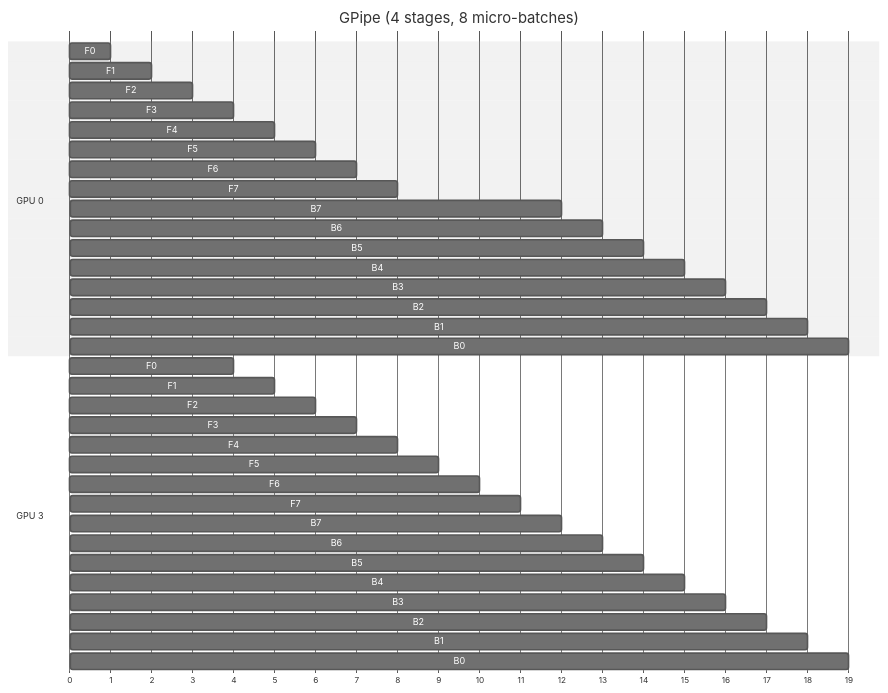
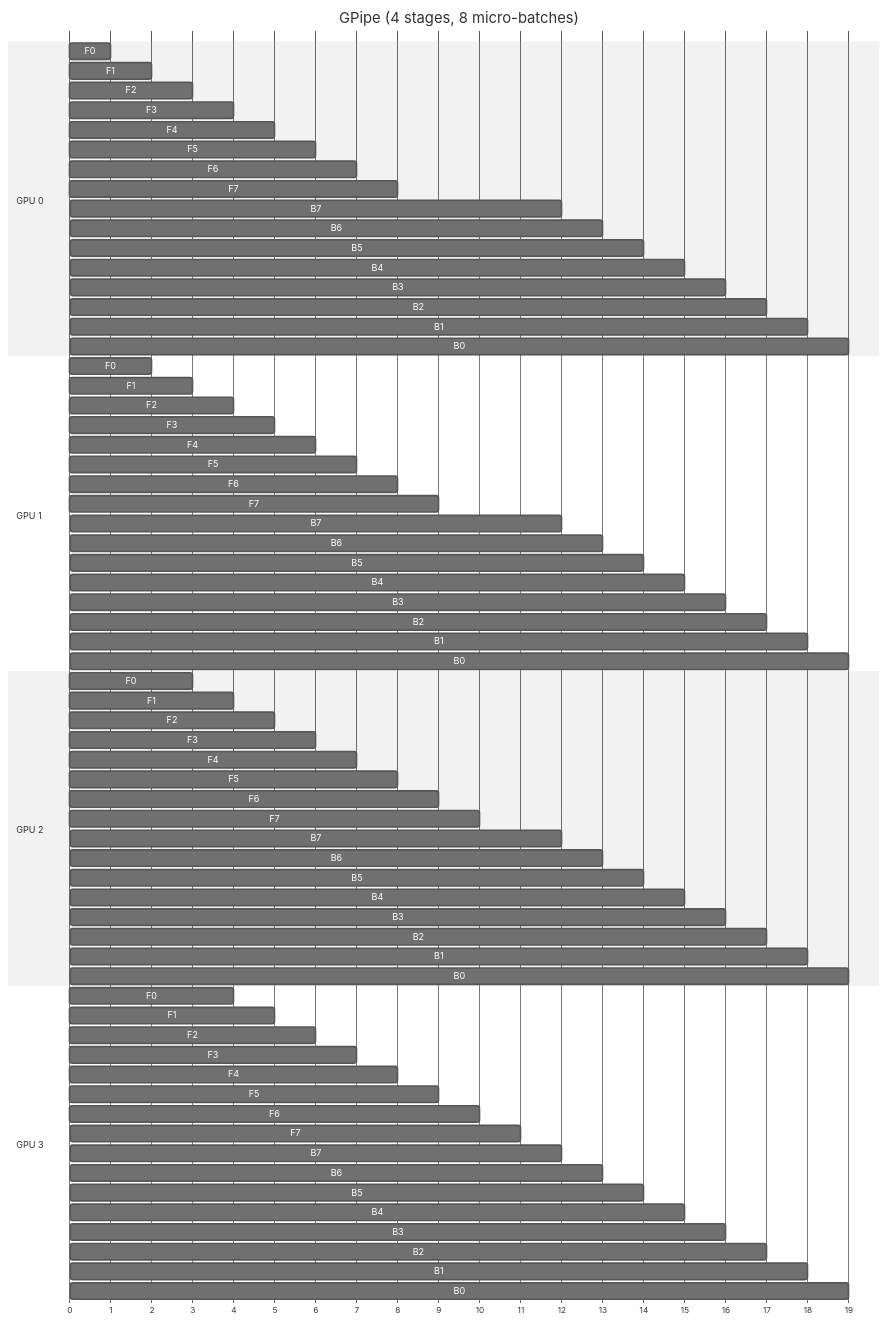
The eighth of 13 diagrams in curriculum/week-5-ai-workloads/theory/5.4-distributed-training.md (Mirantis-PS/k0rdent-ai-training), drawn with Mermaid (neutral theme) before and after one commit. The commit also changed other lines of this file and 66 other files, not shown here.

````diff
--- a/curriculum/week-5-ai-workloads/theory/5.4-distributed-training.md
+++ b/curriculum/week-5-ai-workloads/theory/5.4-distributed-training.md
@@ -314,42 +314,78 @@
 ```mermaid
 gantt
     title GPipe (4 stages, 8 micro-batches)
     dateFormat X
     axisFormat %s
 
     section GPU 0
     F0 :f00, 0, 1
     F1 :f01, 1, 2
     F2 :f02, 2, 3
     F3 :f03, 3, 4
     F4 :f04, 4, 5
     F5 :f05, 5, 6
     F6 :f06, 6, 7
     F7 :f07, 7, 8
     B7 :b07, 11, 12
     B6 :b06, 12, 13
     B5 :b05, 13, 14
     B4 :b04, 14, 15
     B3 :b03, 15, 16
     B2 :b02, 16, 17
     B1 :b01, 17, 18
     B0 :b00, 18, 19
 
+    section GPU 1
+    F0 :f10, 1, 2
+    F1 :f11, 2, 3
+    F2 :f12, 3, 4
+    F3 :f13, 4, 5
+    F4 :f14, 5, 6
+    F5 :f15, 6, 7
+    F6 :f16, 7, 8
+    F7 :f17, 8, 9
+    B7 :b17, 11, 12
+    B6 :b16, 12, 13
+    B5 :b15, 13, 14
+    B4 :b14, 14, 15
+    B3 :b13, 15, 16
+    B2 :b12, 16, 17
+    B1 :b11, 17, 18
+    B0 :b10, 18, 19
+
+    section GPU 2
+    F0 :f20, 2, 3
+    F1 :f21, 3, 4
+    F2 :f22, 4, 5
+    F3 :f23, 5, 6
+    F4 :f24, 6, 7
+    F5 :f25, 7, 8
+    F6 :f26, 8, 9
+    F7 :f27, 9, 10
+    B7 :b27, 11, 12
+    B6 :b26, 12, 13
+    B5 :b25, 13, 14
+    B4 :b24, 14, 15
+    B3 :b23, 15, 16
+    B2 :b22, 16, 17
+    B1 :b21, 17, 18
+    B0 :b20, 18, 19
+
     section GPU 3
     F0 :f30, 3, 4
     F1 :f31, 4, 5
     F2 :f32, 5, 6
     F3 :f33, 6, 7
     F4 :f34, 7, 8
     F5 :f35, 8, 9
     F6 :f36, 9, 10
     F7 :f37, 10, 11
     B7 :b37, 11, 12
     B6 :b36, 12, 13
     B5 :b35, 13, 14
     B4 :b34, 14, 15
     B3 :b33, 15, 16
     B2 :b32, 16, 17
     B1 :b31, 17, 18
     B0 :b30, 18, 19
 ```
````
